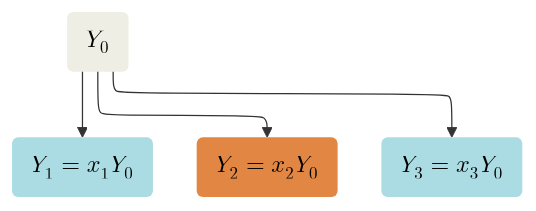
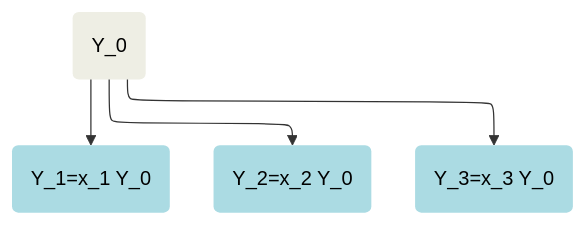
The first of 3 diagrams in README.md (simschul/MaxentDisaggregation), drawn with Mermaid before and after one commit.

Commit message:
math not rendering in mermaid. Quick fix for now.

````diff
--- a/README.md
+++ b/README.md
@@ -32,19 +32,19 @@
 ```mermaid
 flowchart-elk TD
     %% Define node classes
     classDef Aggregate fill:#eeeee4,color:black,stroke:none;
     classDef DisAgg1 fill:#abdbe3,color:black,stroke:none;
     classDef DisAgg2 fill:#e28743,color:black,stroke:none;
     classDef DisAgg3 fill:#abdbe3,color:black,stroke:none;
 
-    agg("$$Y_0$$"):::Aggregate
-    disagg1("$$Y_1=x_1 Y_0$$"):::DisAgg1
-    disagg2("$$Y_2=x_2 Y_0$$"):::DisAgg2
-    disagg3("$$Y_3=x_3 Y_0$$"):::DisAgg3
+    agg("Y_0"):::Aggregate
+    disagg1("Y_1=x_1 Y_0"):::DisAgg1
+    disagg2("Y_2=x_2 Y_0"):::DisAgg1
+    disagg3("Y_3=x_3 Y_0"):::DisAgg1
    
 
     %% Define connections
     agg  --> disagg1
     agg  --> disagg2
     agg  --> disagg3
 ```
````
